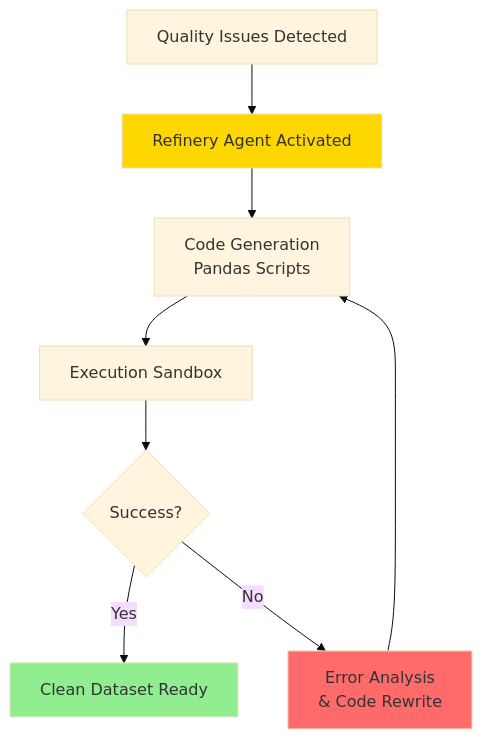
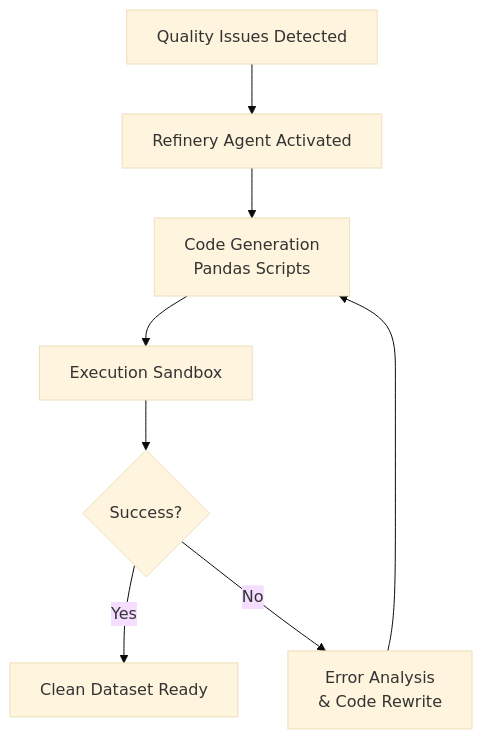
Before and after one commit to Vijay-Kiran-R/Data-Guild: the fourth of 7 diagrams in README.md, drawn with Mermaid (base theme). The commit also changed other lines of this file, not shown here.

````diff
--- a/README.md
+++ b/README.md
@@ -168,14 +161,11 @@
 ```mermaid
 flowchart TD
     A[Quality Issues Detected] --> B[Refinery Agent Activated]
     B --> C[Code Generation<br/>Pandas Scripts]
     C --> D[Execution Sandbox]
     D --> E{Success?}
     E -->|Yes| F[Clean Dataset Ready]
     E -->|No| G[Error Analysis<br/>& Code Rewrite]
     G --> C
     
-    style B fill:#FFD700
-    style F fill:#90EE90
-    style G fill:#FF6B6B
 ```
````
